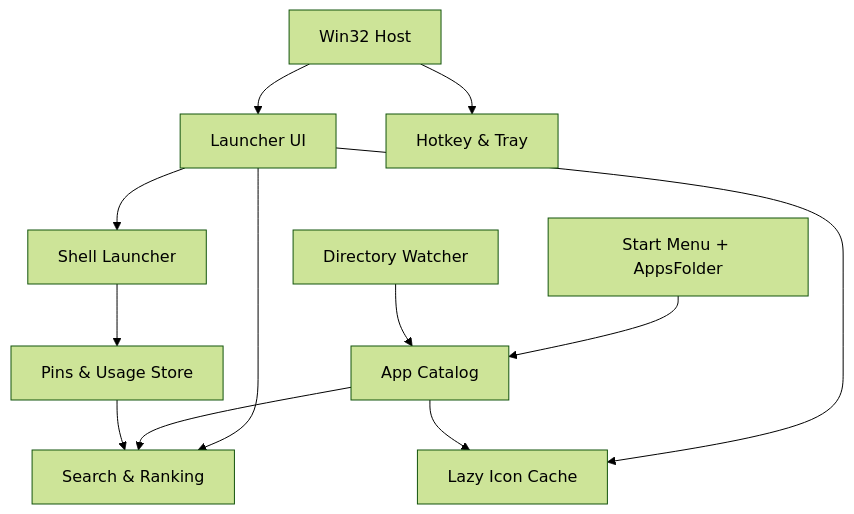
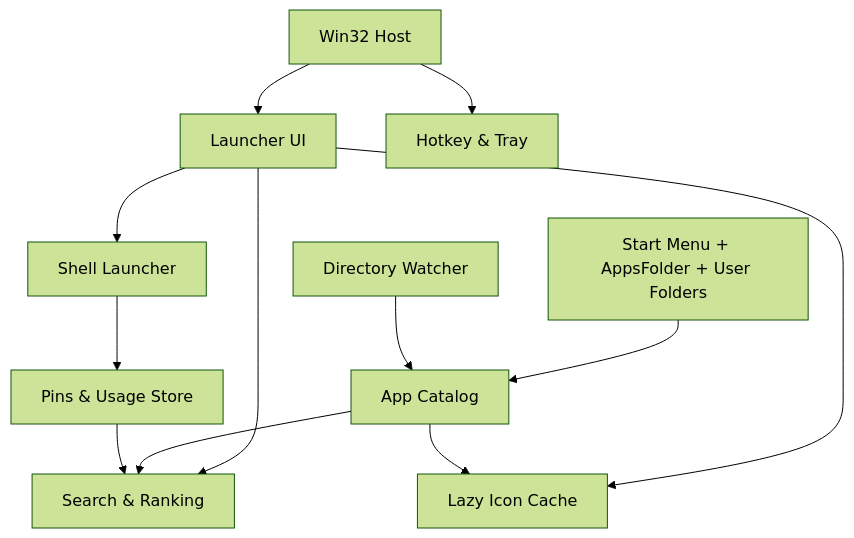
Before and after one commit to Lentice/NimbleRun: the diagram in docs/design-spec.md, drawn with Mermaid (forest theme). The commit also changed other lines of this file and 99 other files, not shown here.

````diff
--- a/docs/design-spec.md
+++ b/docs/design-spec.md
@@ -547,14 +577,14 @@
 ```mermaid
 flowchart TD
     Win["Win32 Host"] --> UI["Launcher UI"]
     Win --> Hotkey["Hotkey & Tray"]
     UI --> Search["Search & Ranking"]
     UI --> Icons["Lazy Icon Cache"]
     Catalog["App Catalog"] --> Search
     Catalog --> Icons
-    Sources["Start Menu + AppsFolder"] --> Catalog
+    Sources["Start Menu + AppsFolder + User Folders"] --> Catalog
     Watch["Directory Watcher"] --> Catalog
     UI --> Launch["Shell Launcher"]
     Usage["Pins & Usage Store"] --> Search
     Launch --> Usage
 ```
````
